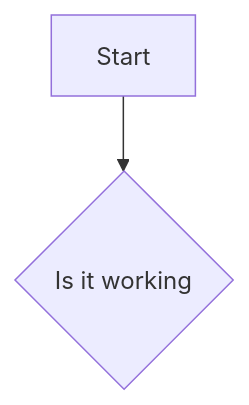
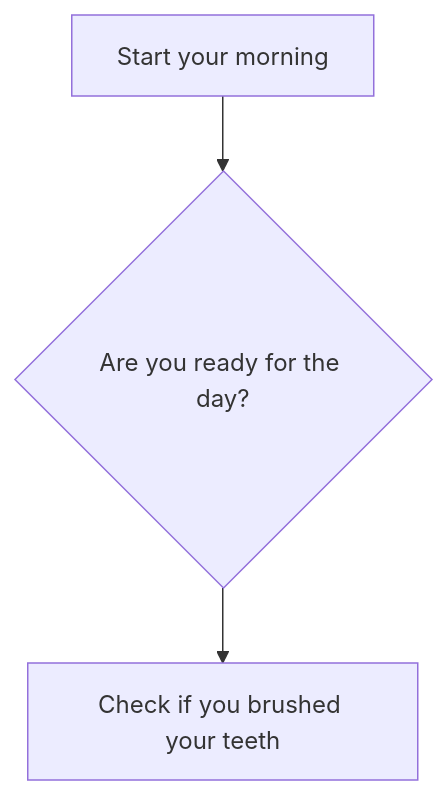
One commit to Edward3785/Edward3785.github.io changed the diagram in Diagram.md. Above: the diagram before and after it, drawn with Mermaid. The commit also changed other lines of this file, not shown here.

````diff
--- a/Diagram.md
+++ b/Diagram.md
@@ -3,6 +3,7 @@
 ```mermaid
  flowchart TD;
-     A[Start]-->B{Is it working};
+     A[Start your morning]-->B{Are you ready for the day?};
+     B --> C[Check if you brushed your teeth]
 
 
 ```
````
